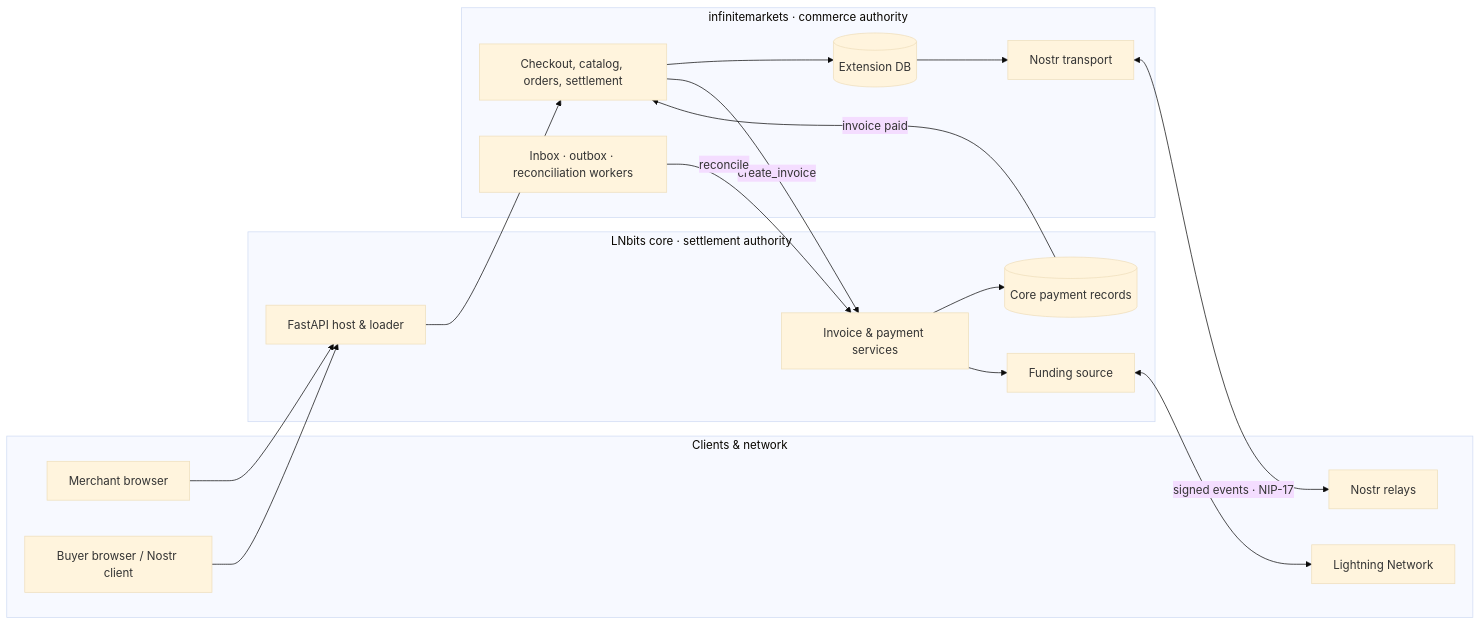
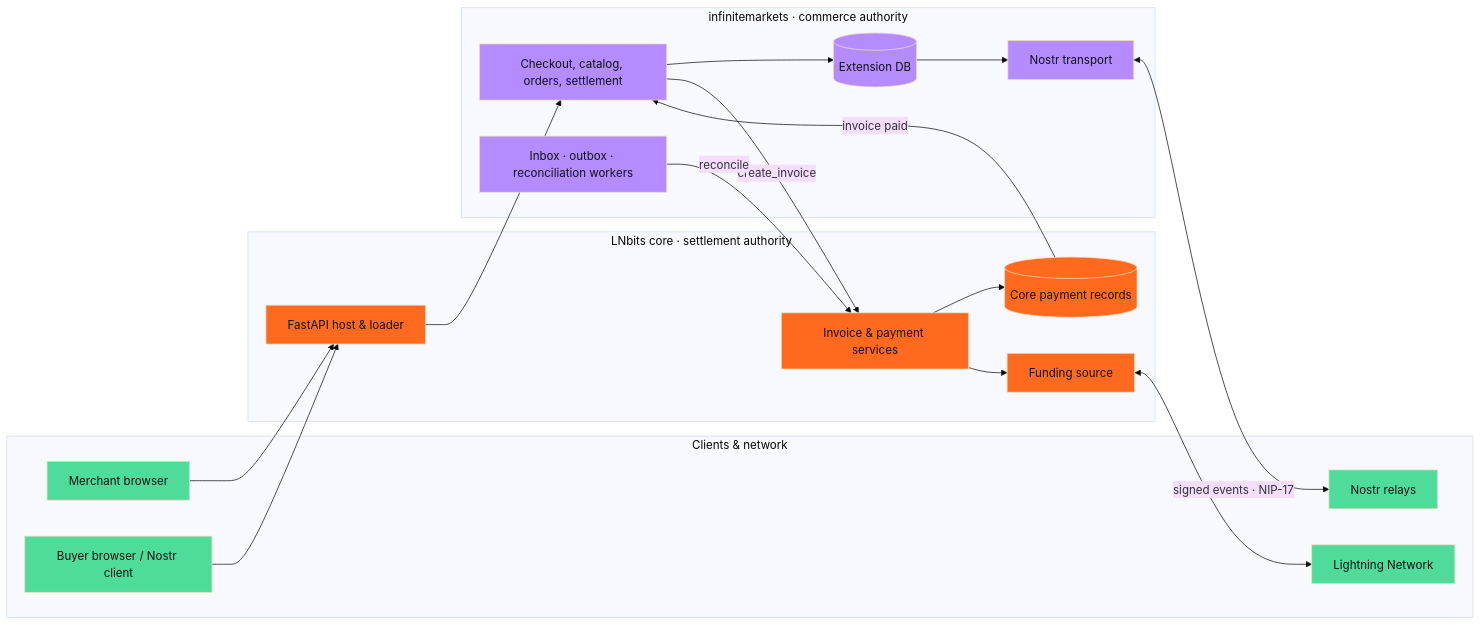
The second of 4 diagrams in docs/viewer/overview.md (bitkarrot/infinitemarkets), drawn with Mermaid (base theme) before and after one commit. The commit also changed 1 other file, not shown here.

Commit message:
Color the who-owns-what diagram by ownership
LNbits core nodes are orange (matching the earlier LNbits slides),
infinitemarkets nodes purple, and clients & network stay green, in both
the deck and the overview.

````diff
--- a/docs/viewer/overview.md
+++ b/docs/viewer/overview.md
@@ -104,33 +104,39 @@
 ```mermaid
 flowchart LR
     subgraph Clients["Clients & network"]
         M[Merchant browser]
         B[Buyer browser / Nostr client]
         R[Nostr relays]
         L[Lightning Network]
     end
     subgraph Core["LNbits core · settlement authority"]
         H[FastAPI host & loader]
         I[Invoice & payment services]
         P[(Core payment records)]
         F[Funding source]
     end
     subgraph Ext["infinitemarkets · commerce authority"]
         S[Checkout, catalog, orders, settlement]
         W[Inbox · outbox · reconciliation workers]
         D[(Extension DB)]
         X[Nostr transport]
     end
     M --> H
     B --> H
     H --> S
     S --> D
     S -->|create_invoice| I
     I --> P
     I --> F
     F <--> L
     P -->|invoice paid| S
     W -->|reconcile| I
     D --> X
     X <-->|signed events · NIP-17| R
+    classDef client fill:#4fdc9a,color:#111111
+    classDef core fill:#ff6a1f,color:#111111
+    classDef ext fill:#b48cff,color:#111111
+    class M,B,R,L client
+    class H,I,P,F core
+    class S,W,D,X ext
 ```
````
